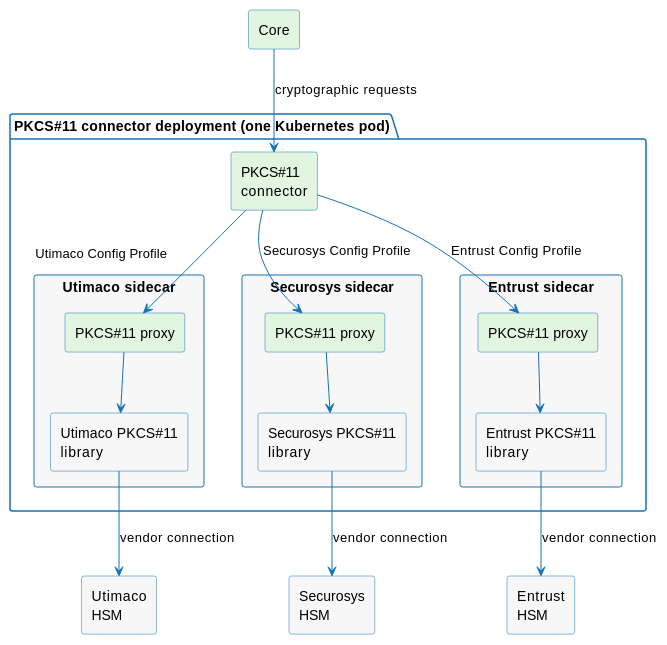
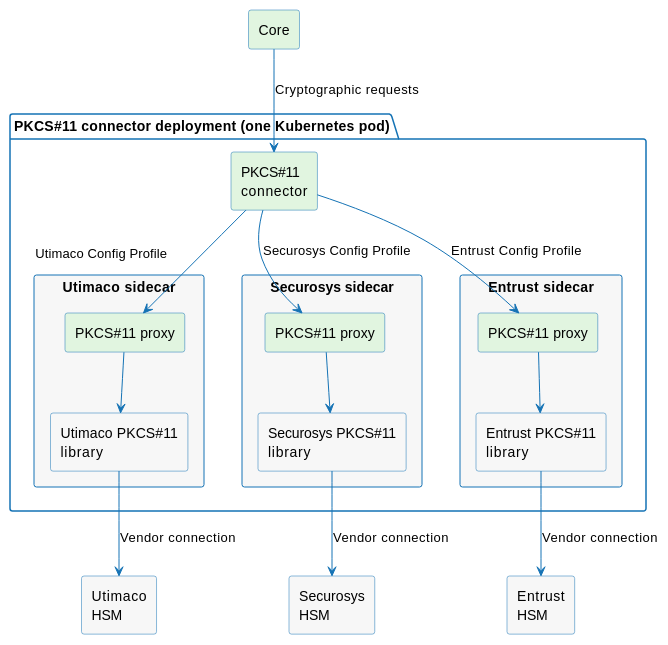
Before and after one commit to OmniTrustILM/documentation: the diagram in docs/certificate-key/integration-guides/pkcs11-cryptography-provider/integration-guide.md, drawn with PlantUML. The commit also changed other lines of this file and 14 other files, not shown here.

````diff
--- a/docs/certificate-key/integration-guides/pkcs11-cryptography-provider/integration-guide.md
+++ b/docs/certificate-key/integration-guides/pkcs11-cryptography-provider/integration-guide.md
@@ -23,51 +23,51 @@
 ```plantuml
 @startuml
 skinparam ArrowColor #1573B5
 skinparam ComponentBorderColor #1573B5
 skinparam RectangleBorderColor #1573B5
 skinparam PackageBorderColor #1573B5
 skinparam NoteBackgroundColor #F7F7F7
 skinparam defaultFontName sans-serif
 skinparam componentStyle rectangle
 skinparam shadowing false
 skinparam nodesep 70
 
 component "Core" as Core #E1F5E0
 
 package "PKCS#11 connector deployment (one Kubernetes pod)" as Pod {
   component "PKCS#11\nconnector" as Connector #E1F5E0
 
   rectangle "Utimaco sidecar" as UtimacoSidecar #F7F7F7 {
     component "PKCS#11 proxy" as UtimacoProxy #E1F5E0
     component "Utimaco PKCS#11\nlibrary" as UtimacoLibrary #F7F7F7
   }
 
   rectangle "Securosys sidecar" as SecurosysSidecar #F7F7F7 {
     component "PKCS#11 proxy" as SecurosysProxy #E1F5E0
     component "Securosys PKCS#11\nlibrary" as SecurosysLibrary #F7F7F7
   }
 
   rectangle "Entrust sidecar" as EntrustSidecar #F7F7F7 {
     component "PKCS#11 proxy" as EntrustProxy #E1F5E0
     component "Entrust PKCS#11\nlibrary" as EntrustLibrary #F7F7F7
   }
 
   Connector "<size:19> </size>\nUtimaco Config Profile&#160;&#160;&#160;&#160;&#160;&#160;&#160;&#160;&#160;&#160;&#160;&#160;&#160;&#160;&#160;&#160;" -[#1573B5]-> UtimacoProxy
   Connector -[#1573B5]-> SecurosysProxy : Securosys Config Profile
   Connector -[#1573B5]-> EntrustProxy : Entrust Config Profile
 
   UtimacoProxy -[#1573B5]-> UtimacoLibrary
   SecurosysProxy -[#1573B5]-> SecurosysLibrary
   EntrustProxy -[#1573B5]-> EntrustLibrary
 }
 
 component "Utimaco\nHSM" as UtimacoHSM #F7F7F7
 component "Securosys\nHSM" as SecurosysHSM #F7F7F7
 component "Entrust\nHSM" as EntrustHSM #F7F7F7
 
-Core -[#1573B5]-> Connector : cryptographic requests
-UtimacoLibrary -[#1573B5]-> UtimacoHSM : vendor connection
-SecurosysLibrary -[#1573B5]-> SecurosysHSM : vendor connection
-EntrustLibrary -[#1573B5]-> EntrustHSM : vendor connection
+Core -[#1573B5]-> Connector : Cryptographic requests
+UtimacoLibrary -[#1573B5]-> UtimacoHSM : Vendor connection
+SecurosysLibrary -[#1573B5]-> SecurosysHSM : Vendor connection
+EntrustLibrary -[#1573B5]-> EntrustHSM : Vendor connection
 @enduml
 ```
````
